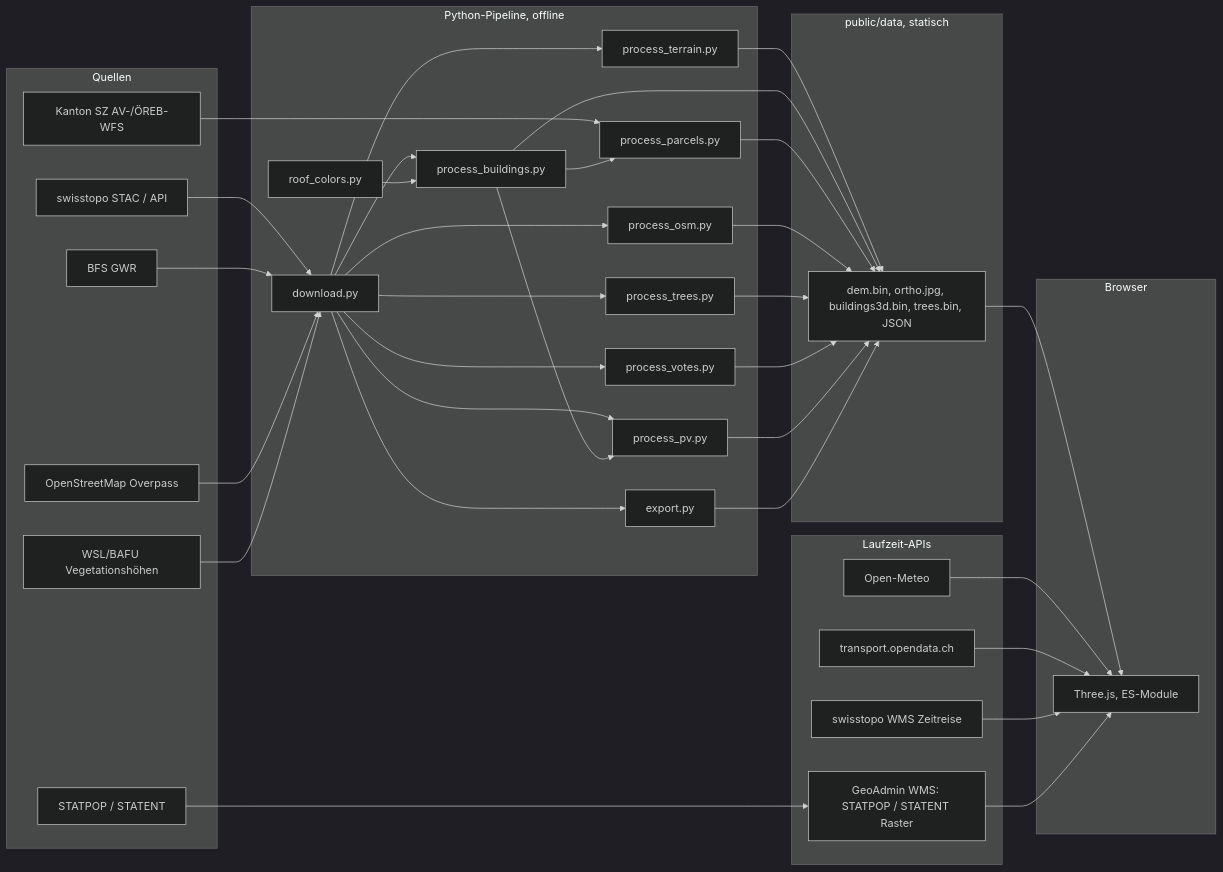
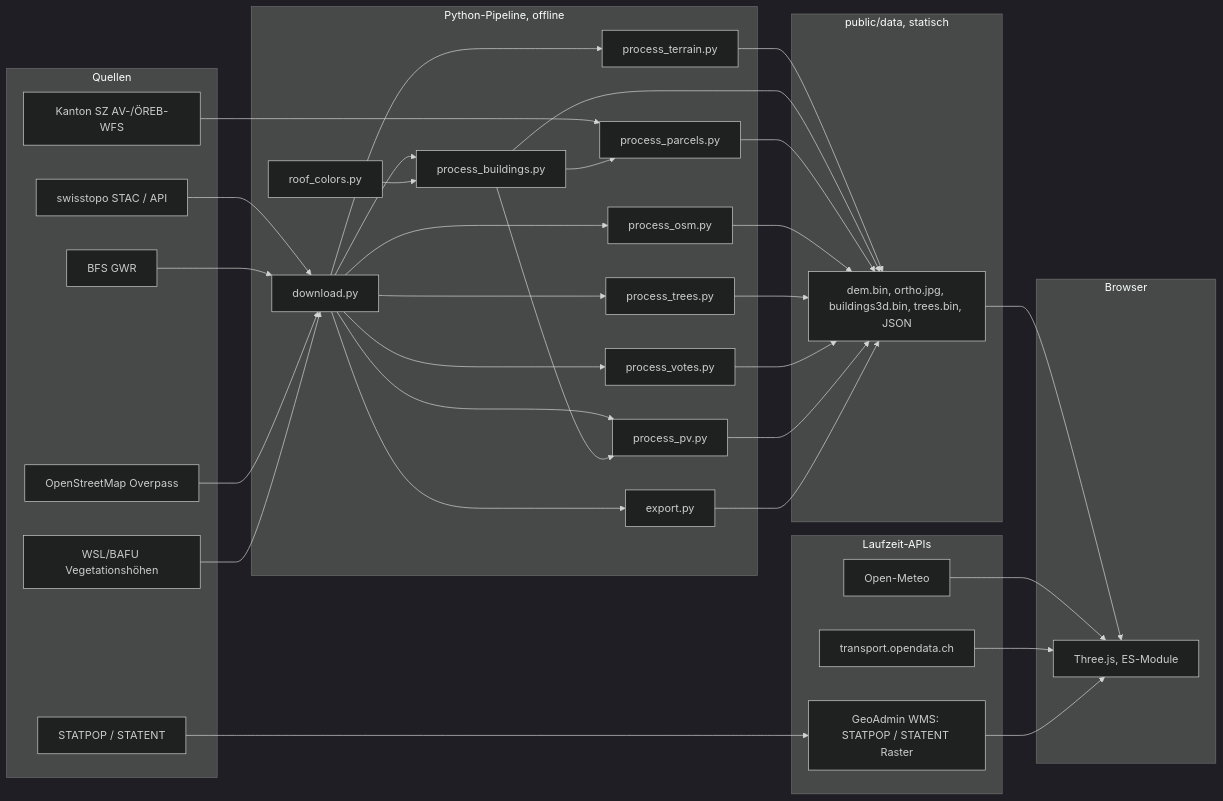
The diagram in docs/architecture.md (Zimphi75/brunnen-3d), drawn with Mermaid (dark theme) before and after one commit. The commit also changed other lines of this file and 24 other files, not shown here.

````diff
--- a/docs/architecture.md
+++ b/docs/architecture.md
@@ -5,51 +5,49 @@
 ```mermaid
 flowchart LR
   subgraph Quellen
     S[swisstopo STAC / API]
     B[BFS GWR]
     ST[STATPOP / STATENT]
     A[Kanton SZ AV-/ÖREB-WFS]
     O[OpenStreetMap Overpass]
     V[WSL/BAFU Vegetationshöhen]
   end
   subgraph Pipeline[Python-Pipeline, offline]
     D[download.py]
     T[process_terrain.py]
     G[process_buildings.py]
     P[process_parcels.py]
     M[process_osm.py]
     R[process_trees.py]
     Q[process_votes.py]
     PV[process_pv.py]
     C[roof_colors.py]
     E[export.py]
   end
   subgraph Daten[public/data, statisch]
     F[dem.bin, ortho.jpg, buildings3d.bin, trees.bin, JSON]
   end
   subgraph Browser
     JS[Three.js, ES-Module]
   end
   subgraph Laufzeit-APIs
     W[Open-Meteo]
     OTD[transport.opendata.ch]
-    Z[swisstopo WMS Zeitreise]
     DW[GeoAdmin WMS: STATPOP / STATENT Raster]
   end
   S --> D
   B --> D
   A --> P
   O --> D
   V --> D
   D --> T & G & M & R & Q & PV & E
   C --> G
   G --> PV
   G --> P
   T & G & P & M & R & Q & PV & E --> F
   F --> JS
   W --> JS
   OTD --> JS
-  Z --> JS
   DW --> JS
   ST --> DW
 ```
````
